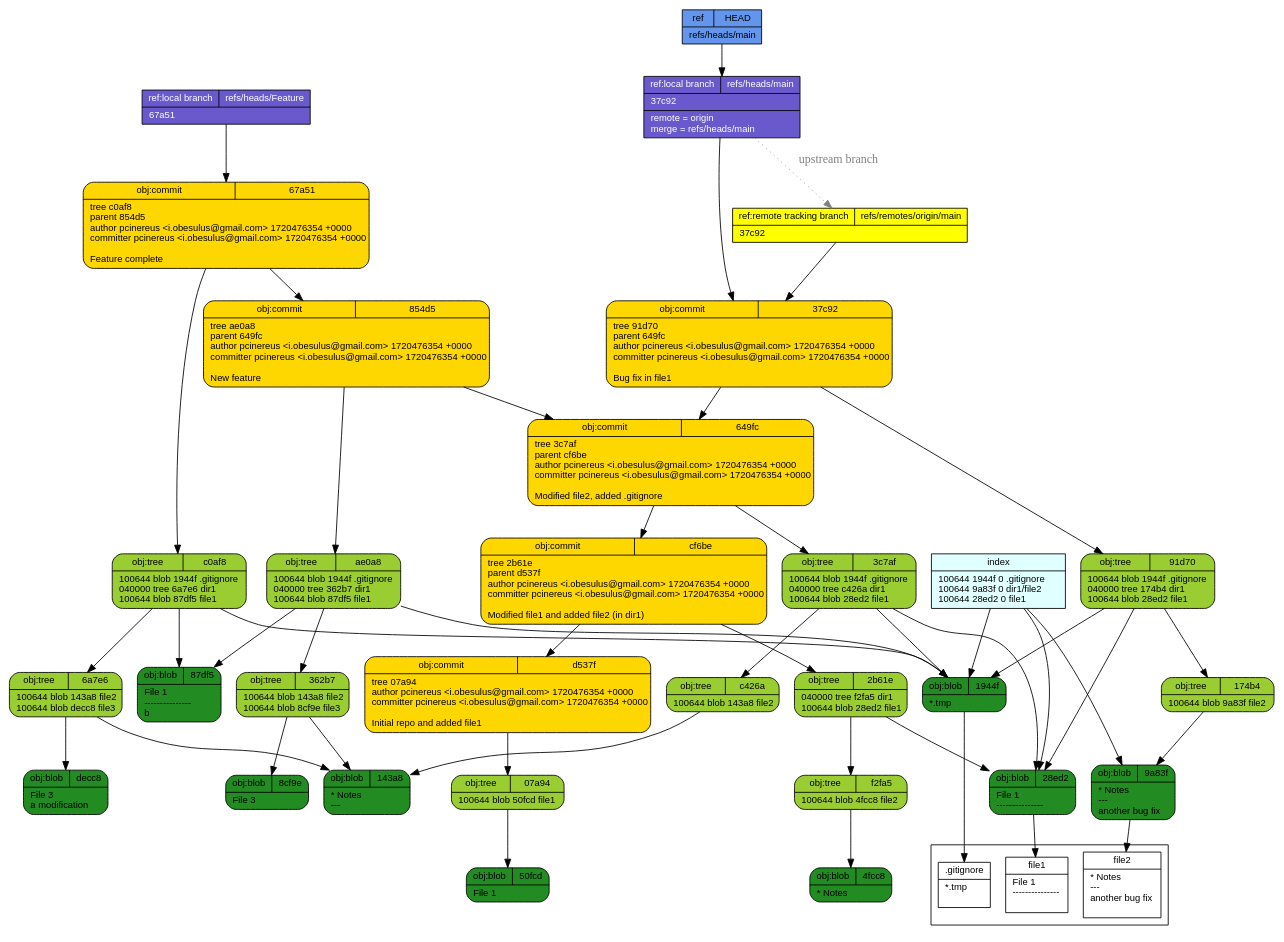
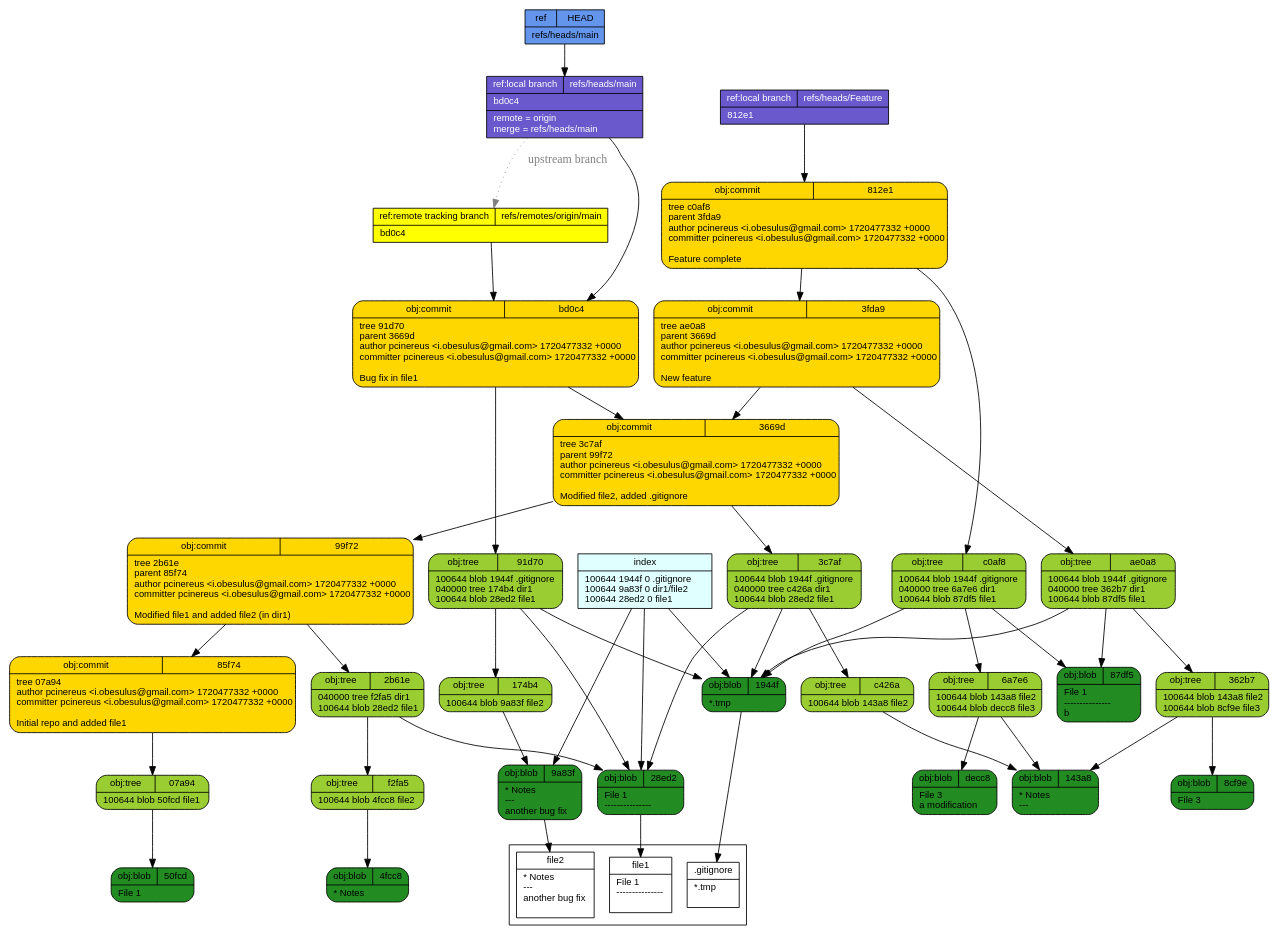
The diagram in tut/git-draw.dot (pcinereus/SUYRs_documents), drawn with Graphviz before and after one commit. The commit also changed 617 other files, not shown here.

```diff
--- a/tut/git-draw.dot
+++ b/tut/git-draw.dot
@@ -1,57 +1,57 @@
 digraph structs {
   node [shape=record,fontsize=11,fontname="arial"];
   rankdir="TB";
-  _854d5 [fillcolor="gold", style="filled,rounded", label="{{obj:commit|854d5}|tree\ ae0a8\lparent\ 649fc\lauthor\ pcinereus\ \<i\.obesulus\@gmail\.com\>\ 1720476354\ \+0000\lcommitter\ pcinereus\ \<i\.obesulus\@gmail\.com\>\ 1720476354\ \+0000\l\lNew\ feature\l}"]  _854d5 -> _ae0a8
-  _854d5 -> _649fc
+  _85f74 [fillcolor="gold", style="filled,rounded", label="{{obj:commit|85f74}|tree\ 07a94\lauthor\ pcinereus\ \<i\.obesulus\@gmail\.com\>\ 1720477332\ \+0000\lcommitter\ pcinereus\ \<i\.obesulus\@gmail\.com\>\ 1720477332\ \+0000\l\lInitial\ repo\ and\ added\ file1\l}"]  _85f74 -> _07a94
   _174b4 [fillcolor="yellowgreen", style="filled,rounded", label="{{obj:tree|174b4}|100644\ blob\ 9a83f\	file2\l}"]  _174b4 -> _9a83f
   _362b7 [fillcolor="yellowgreen", style="filled,rounded", label="{{obj:tree|362b7}|100644\ blob\ 143a8\	file2\l100644\ blob\ 8cf9e\	file3\l}"]  _362b7 -> _143a8
   _362b7 -> _8cf9e
+  _3669d [fillcolor="gold", style="filled,rounded", label="{{obj:commit|3669d}|tree\ 3c7af\lparent\ 99f72\lauthor\ pcinereus\ \<i\.obesulus\@gmail\.com\>\ 1720477332\ \+0000\lcommitter\ pcinereus\ \<i\.obesulus\@gmail\.com\>\ 1720477332\ \+0000\l\lModified\ file2\,\ added\ \.gitignore\l}"]  _3669d -> _3c7af
+  _3669d -> _99f72
   _9a83f [fillcolor="forestgreen", style="filled,rounded", label="{{obj:blob|9a83f}|\*\ Notes\l\-\-\-\l\ another\ bug\ fix\l}"]  _2b61e [fillcolor="yellowgreen", style="filled,rounded", label="{{obj:tree|2b61e}|040000\ tree\ f2fa5\	dir1\l100644\ blob\ 28ed2\	file1\l}"]  _2b61e -> _f2fa5
   _2b61e -> _28ed2
-  _cf6be [fillcolor="gold", style="filled,rounded", label="{{obj:commit|cf6be}|tree\ 2b61e\lparent\ d537f\lauthor\ pcinereus\ \<i\.obesulus\@gmail\.com\>\ 1720476354\ \+0000\lcommitter\ pcinereus\ \<i\.obesulus\@gmail\.com\>\ 1720476354\ \+0000\l\lModified\ file1\ and\ added\ file2\ \(in\ dir1\)\l}"]  _cf6be -> _2b61e
-  _cf6be -> _d537f
-  _37c92 [fillcolor="gold", style="filled,rounded", label="{{obj:commit|37c92}|tree\ 91d70\lparent\ 649fc\lauthor\ pcinereus\ \<i\.obesulus\@gmail\.com\>\ 1720476354\ \+0000\lcommitter\ pcinereus\ \<i\.obesulus\@gmail\.com\>\ 1720476354\ \+0000\l\lBug\ fix\ in\ file1\l}"]  _37c92 -> _91d70
-  _37c92 -> _649fc
   _4fcc8 [fillcolor="forestgreen", style="filled,rounded", label="{{obj:blob|4fcc8}|\*\ Notes\l}"]  _3c7af [fillcolor="yellowgreen", style="filled,rounded", label="{{obj:tree|3c7af}|100644\ blob\ 1944f\	\.gitignore\l040000\ tree\ c426a\	dir1\l100644\ blob\ 28ed2\	file1\l}"]  _3c7af -> _1944f
   _3c7af -> _c426a
   _3c7af -> _28ed2
   _c426a [fillcolor="yellowgreen", style="filled,rounded", label="{{obj:tree|c426a}|100644\ blob\ 143a8\	file2\l}"]  _c426a -> _143a8
-  _28ed2 [fillcolor="forestgreen", style="filled,rounded", label="{{obj:blob|28ed2}|File\ 1\l\-\-\-\-\-\-\-\-\-\-\-\-\-\-\-\l}"]  _649fc [fillcolor="gold", style="filled,rounded", label="{{obj:commit|649fc}|tree\ 3c7af\lparent\ cf6be\lauthor\ pcinereus\ \<i\.obesulus\@gmail\.com\>\ 1720476354\ \+0000\lcommitter\ pcinereus\ \<i\.obesulus\@gmail\.com\>\ 1720476354\ \+0000\l\lModified\ file2\,\ added\ \.gitignore\l}"]  _649fc -> _3c7af
-  _649fc -> _cf6be
-  _50fcd [fillcolor="forestgreen", style="filled,rounded", label="{{obj:blob|50fcd}|File\ 1\l}"]  _d537f [fillcolor="gold", style="filled,rounded", label="{{obj:commit|d537f}|tree\ 07a94\lauthor\ pcinereus\ \<i\.obesulus\@gmail\.com\>\ 1720476354\ \+0000\lcommitter\ pcinereus\ \<i\.obesulus\@gmail\.com\>\ 1720476354\ \+0000\l\lInitial\ repo\ and\ added\ file1\l}"]  _d537f -> _07a94
-  _67a51 [fillcolor="gold", style="filled,rounded", label="{{obj:commit|67a51}|tree\ c0af8\lparent\ 854d5\lauthor\ pcinereus\ \<i\.obesulus\@gmail\.com\>\ 1720476354\ \+0000\lcommitter\ pcinereus\ \<i\.obesulus\@gmail\.com\>\ 1720476354\ \+0000\l\lFeature\ complete\l}"]  _67a51 -> _c0af8
-  _67a51 -> _854d5
+  _99f72 [fillcolor="gold", style="filled,rounded", label="{{obj:commit|99f72}|tree\ 2b61e\lparent\ 85f74\lauthor\ pcinereus\ \<i\.obesulus\@gmail\.com\>\ 1720477332\ \+0000\lcommitter\ pcinereus\ \<i\.obesulus\@gmail\.com\>\ 1720477332\ \+0000\l\lModified\ file1\ and\ added\ file2\ \(in\ dir1\)\l}"]  _99f72 -> _2b61e
+  _99f72 -> _85f74
+  _28ed2 [fillcolor="forestgreen", style="filled,rounded", label="{{obj:blob|28ed2}|File\ 1\l\-\-\-\-\-\-\-\-\-\-\-\-\-\-\-\l}"]  _812e1 [fillcolor="gold", style="filled,rounded", label="{{obj:commit|812e1}|tree\ c0af8\lparent\ 3fda9\lauthor\ pcinereus\ \<i\.obesulus\@gmail\.com\>\ 1720477332\ \+0000\lcommitter\ pcinereus\ \<i\.obesulus\@gmail\.com\>\ 1720477332\ \+0000\l\lFeature\ complete\l}"]  _812e1 -> _c0af8
+  _812e1 -> _3fda9
+  _50fcd [fillcolor="forestgreen", style="filled,rounded", label="{{obj:blob|50fcd}|File\ 1\l}"]  _bd0c4 [fillcolor="gold", style="filled,rounded", label="{{obj:commit|bd0c4}|tree\ 91d70\lparent\ 3669d\lauthor\ pcinereus\ \<i\.obesulus\@gmail\.com\>\ 1720477332\ \+0000\lcommitter\ pcinereus\ \<i\.obesulus\@gmail\.com\>\ 1720477332\ \+0000\l\lBug\ fix\ in\ file1\l}"]  _bd0c4 -> _91d70
+  _bd0c4 -> _3669d
   _07a94 [fillcolor="yellowgreen", style="filled,rounded", label="{{obj:tree|07a94}|100644\ blob\ 50fcd\	file1\l}"]  _07a94 -> _50fcd
   _87df5 [fillcolor="forestgreen", style="filled,rounded", label="{{obj:blob|87df5}|File\ 1\l\-\-\-\-\-\-\-\-\-\-\-\-\-\-\-\lb\l}"]  _91d70 [fillcolor="yellowgreen", style="filled,rounded", label="{{obj:tree|91d70}|100644\ blob\ 1944f\	\.gitignore\l040000\ tree\ 174b4\	dir1\l100644\ blob\ 28ed2\	file1\l}"]  _91d70 -> _1944f
   _91d70 -> _174b4
   _91d70 -> _28ed2
   _143a8 [fillcolor="forestgreen", style="filled,rounded", label="{{obj:blob|143a8}|\*\ Notes\l\-\-\-\l}"]  _f2fa5 [fillcolor="yellowgreen", style="filled,rounded", label="{{obj:tree|f2fa5}|100644\ blob\ 4fcc8\	file2\l}"]  _f2fa5 -> _4fcc8
   _ae0a8 [fillcolor="yellowgreen", style="filled,rounded", label="{{obj:tree|ae0a8}|100644\ blob\ 1944f\	\.gitignore\l040000\ tree\ 362b7\	dir1\l100644\ blob\ 87df5\	file1\l}"]  _ae0a8 -> _1944f
   _ae0a8 -> _362b7
   _ae0a8 -> _87df5
   _c0af8 [fillcolor="yellowgreen", style="filled,rounded", label="{{obj:tree|c0af8}|100644\ blob\ 1944f\	\.gitignore\l040000\ tree\ 6a7e6\	dir1\l100644\ blob\ 87df5\	file1\l}"]  _c0af8 -> _1944f
   _c0af8 -> _6a7e6
   _c0af8 -> _87df5
   _6a7e6 [fillcolor="yellowgreen", style="filled,rounded", label="{{obj:tree|6a7e6}|100644\ blob\ 143a8\	file2\l100644\ blob\ decc8\	file3\l}"]  _6a7e6 -> _143a8
   _6a7e6 -> _decc8
-  _8cf9e [fillcolor="forestgreen", style="filled,rounded", label="{{obj:blob|8cf9e}|File\ 3\l}"]  _decc8 [fillcolor="forestgreen", style="filled,rounded", label="{{obj:blob|decc8}|File\ 3\l\ a\ modification\l}"]  _1944f [fillcolor="forestgreen", style="filled,rounded", label="{{obj:blob|1944f}|\*\.tmp\l}"]  _refs___heads___Feature [style=filled, fillcolor=slateblue3, fontcolor = white,  label="{{ref:local branch|refs\/heads\/Feature}|67a51\l}"]
-  _refs___heads___Feature -> _67a51
+  _8cf9e [fillcolor="forestgreen", style="filled,rounded", label="{{obj:blob|8cf9e}|File\ 3\l}"]  _3fda9 [fillcolor="gold", style="filled,rounded", label="{{obj:commit|3fda9}|tree\ ae0a8\lparent\ 3669d\lauthor\ pcinereus\ \<i\.obesulus\@gmail\.com\>\ 1720477332\ \+0000\lcommitter\ pcinereus\ \<i\.obesulus\@gmail\.com\>\ 1720477332\ \+0000\l\lNew\ feature\l}"]  _3fda9 -> _ae0a8
+  _3fda9 -> _3669d
+  _decc8 [fillcolor="forestgreen", style="filled,rounded", label="{{obj:blob|decc8}|File\ 3\l\ a\ modification\l}"]  _1944f [fillcolor="forestgreen", style="filled,rounded", label="{{obj:blob|1944f}|\*\.tmp\l}"]  _refs___heads___Feature [style=filled, fillcolor=slateblue3, fontcolor = white,  label="{{ref:local branch|refs\/heads\/Feature}|812e1\l}"]
+  _refs___heads___Feature -> _812e1
   _refs___heads___main -> _refs___remotes___origin___main [style=dotted, color=gray, fontcolor=gray, label="upstream branch"]
-  _refs___heads___main [style=filled, fillcolor=slateblue3, fontcolor = white,  label="{{ref:local branch|refs\/heads\/main}|37c92\l|remote\ \=\ origin\lmerge\ \=\ refs\/heads\/main\l}"]
-  _refs___heads___main -> _37c92
-  _refs___remotes___origin___main [style=filled, fillcolor=yellow, fontcolor = black,  label="{{ref:remote tracking branch|refs\/remotes\/origin\/main}|37c92\l}"]
-  _refs___remotes___origin___main -> _37c92
+  _refs___heads___main [style=filled, fillcolor=slateblue3, fontcolor = white,  label="{{ref:local branch|refs\/heads\/main}|bd0c4\l|remote\ \=\ origin\lmerge\ \=\ refs\/heads\/main\l}"]
+  _refs___heads___main -> _bd0c4
+  _refs___remotes___origin___main [style=filled, fillcolor=yellow, fontcolor = black,  label="{{ref:remote tracking branch|refs\/remotes\/origin\/main}|bd0c4\l}"]
+  _refs___remotes___origin___main -> _bd0c4
   _HEAD [style=filled, fillcolor=cornflowerblue, fontcolor=black,  label="{{ref|HEAD}|refs\/heads\/main\l}"]
   _HEAD -> _refs___heads___main
   index -> _1944f
   index -> _9a83f
   index -> _28ed2
   index [style=filled, fillcolor=lightcyan, label="{{index}|100644\ 1944f\ 0\	\.gitignore\l100644\ 9a83f\ 0\	dir1\/file2\l100644\ 28ed2\ 0\	file1\l}"]
 subgraph cluster_1 {rank=sink  _gitignore [fillcolor="white", label="{{.gitignore}|*.tmp\l\l}"] 
   _file2 [fillcolor="white", label="{{file2}|* Notes\l---\l another bug fix\l\l}"] 
   _file1 [fillcolor="white", label="{{file1}|File 1\l---------------\l\l}"] 
 }
  _1944f -> _gitignore
  _9a83f -> _file2
  _28ed2 -> _file1
 }
```
